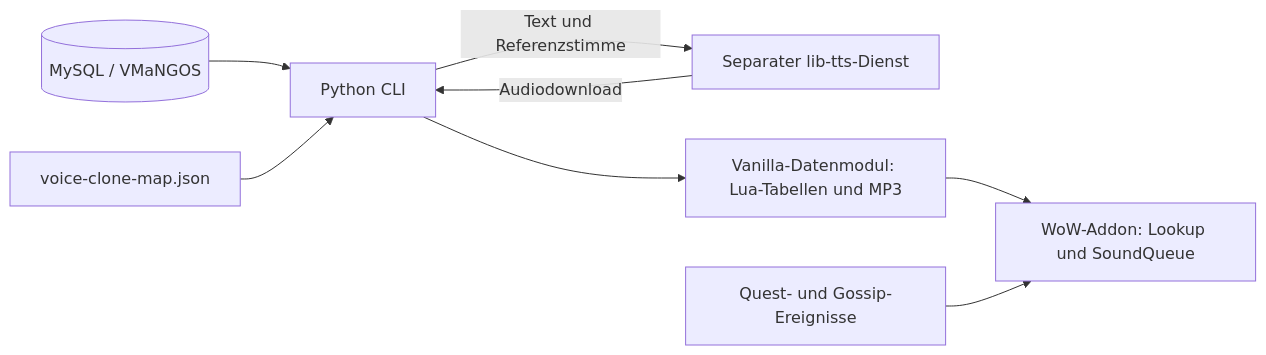
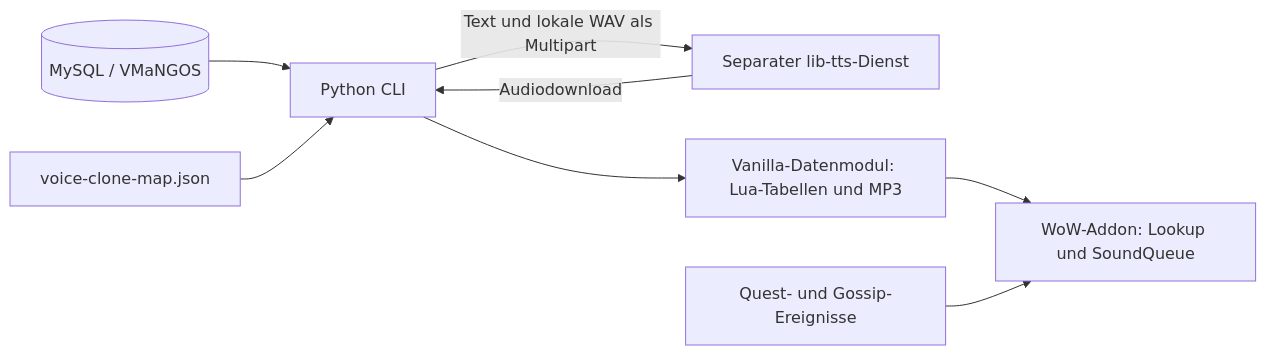
One commit to Ringert/wow-voiceover changed the diagram in wiki/project/architecture.md. Above: the diagram before and after it, drawn with Mermaid. The commit also changed other lines of this file and 22 other files, not shown here.

````diff
--- a/wiki/project/architecture.md
+++ b/wiki/project/architecture.md
@@ -29,10 +29,10 @@
 ```mermaid
 flowchart LR
     DB[(MySQL / VMaNGOS)] --> CLI[Python CLI]
     MAP[voice-clone-map.json] --> CLI
-    CLI -->|Text und Referenzstimme| TTS[Separater lib-tts-Dienst]
+    CLI -->|Text und lokale WAV als Multipart| TTS[Separater lib-tts-Dienst]
     TTS -->|Audiodownload| CLI
     CLI --> DATA[Vanilla-Datenmodul: Lua-Tabellen und MP3]
     DATA --> ADDON[WoW-Addon: Lookup und SoundQueue]
     GAME[Quest- und Gossip-Ereignisse] --> ADDON
 ```
````
